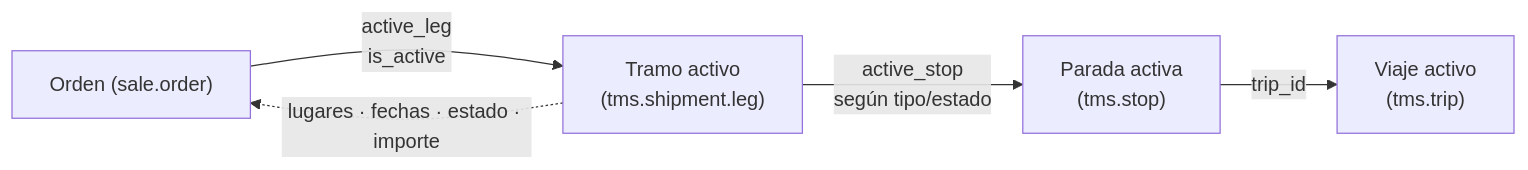
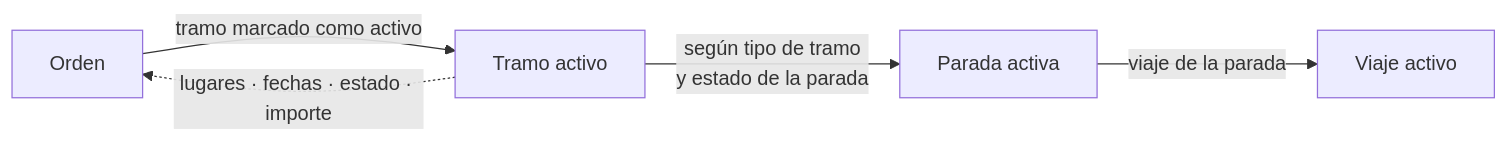
One commit to pacoborrego/guraify-tms-docs changed the diagram in source/17.0/3_functional-architecture/3_2_5_active-leg.rst. Above: the diagram before and after it, drawn with Mermaid. The commit also changed other lines of this file and 15 other files, not shown here.

```diff
--- a/source/17.0/3_functional-architecture/3_2_5_active-leg.rst
+++ b/source/17.0/3_functional-architecture/3_2_5_active-leg.rst
@@ -44,7 +41,7 @@
 .. mermaid::
 
    flowchart LR
-       O["Orden (sale.order)"] -->|active_leg<br/>is_active| L["Tramo activo<br/>(tms.shipment.leg)"]
-       L -->|active_stop<br/>según tipo/estado| S["Parada activa<br/>(tms.stop)"]
-       S -->|trip_id| T["Viaje activo<br/>(tms.trip)"]
+       O["Orden"] -->|"tramo marcado como activo"| L["Tramo activo"]
+       L -->|"según tipo de tramo<br/>y estado de la parada"| S["Parada activa"]
+       S -->|"viaje de la parada"| T["Viaje activo"]
        L -. "lugares · fechas · estado · importe" .-> O
```
